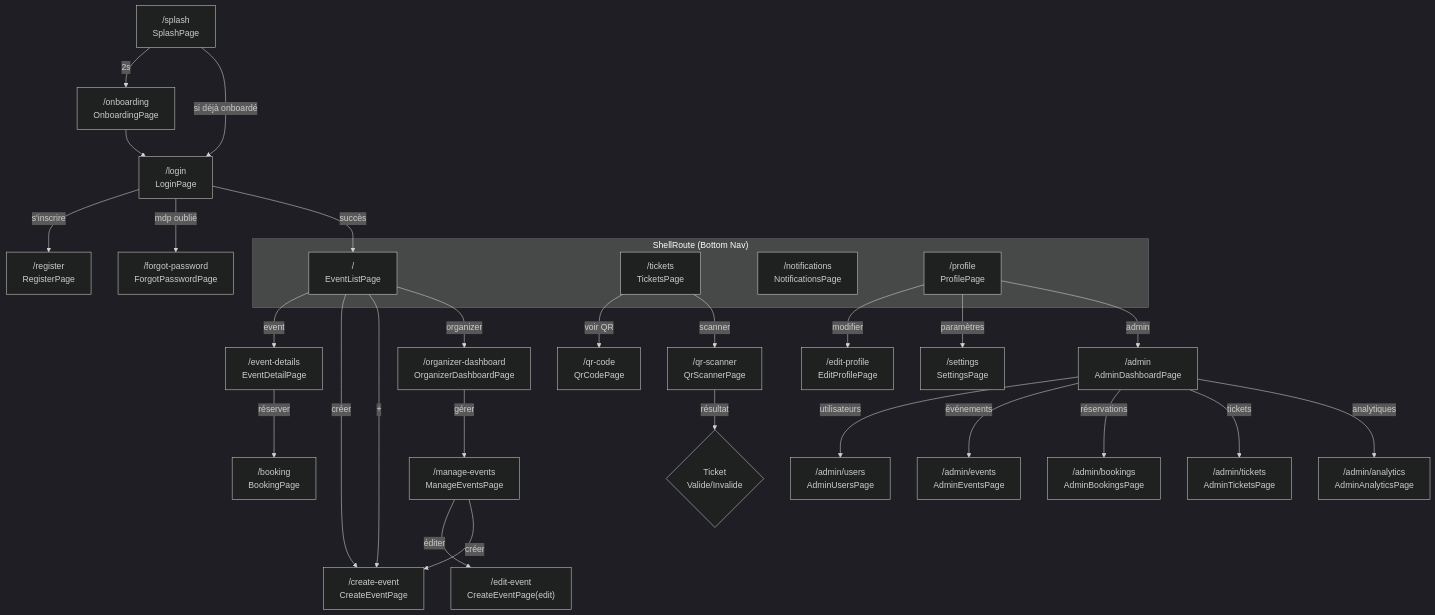
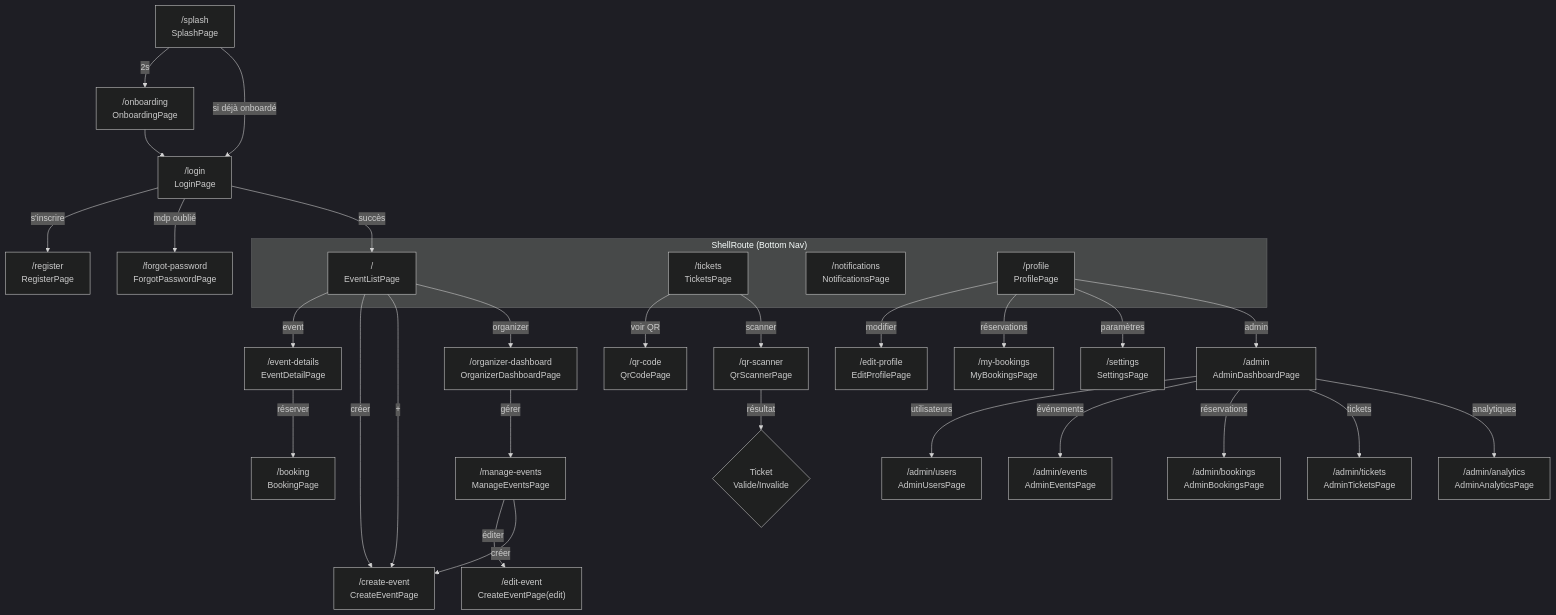
One commit to 24231-Brahim/pi-eventhub changed the sixth of 13 diagrams in FICHE_EXTRACTION_EVENTHUB.md. Above: the diagram before and after it, drawn with Mermaid (dark theme). The commit also changed other lines of this file and 22 other files, not shown here.

````diff
--- a/FICHE_EXTRACTION_EVENTHUB.md
+++ b/FICHE_EXTRACTION_EVENTHUB.md
@@ -758,38 +769,39 @@
 ```mermaid
 graph TD
     START["/splash<br/>SplashPage"] -->|"2s"| ONBOARD["/onboarding<br/>OnboardingPage"]
     START -->|"si déjà onboardé"| LOGIN["/login<br/>LoginPage"]
     ONBOARD --> LOGIN
     LOGIN -->|"s'inscrire"| REG["/register<br/>RegisterPage"]
     LOGIN -->|"mdp oublié"| FP["/forgot-password<br/>ForgotPasswordPage"]
     LOGIN -->|"succès"| HOME
 
     subgraph "ShellRoute (Bottom Nav)"
         HOME["/<br/>EventListPage"]
         TICK["/tickets<br/>TicketsPage"]
         NOTIF["/notifications<br/>NotificationsPage"]
         PROF["/profile<br/>ProfilePage"]
     end
 
     HOME -->|"event"| DETAIL["/event-details<br/>EventDetailPage"]
     HOME -->|"créer"| CREATE["/create-event<br/>CreateEventPage"]
     HOME -->|"+"| CREATE
     DETAIL -->|"réserver"| BOOK["/booking<br/>BookingPage"]
     TICK -->|"voir QR"| QR["/qr-code<br/>QrCodePage"]
     TICK -->|"scanner"| SCAN["/qr-scanner<br/>QrScannerPage"]
     PROF -->|"modifier"| EDIT["/edit-profile<br/>EditProfilePage"]
+    PROF -->|"réservations"| MYB["/my-bookings<br/>MyBookingsPage"]
     PROF -->|"paramètres"| SETT["/settings<br/>SettingsPage"]
 
     HOME -->|"organizer"| DASH["/organizer-dashboard<br/>OrganizerDashboardPage"]
     DASH -->|"gérer"| MGMT["/manage-events<br/>ManageEventsPage"]
     MGMT -->|"éditer"| EDIT_EVT["/edit-event<br/>CreateEventPage(edit)"]
     MGMT -->|"créer"| CREATE
     SCAN -->|"résultat"| VALID{"Ticket<br/>Valide/Invalide"}
 
     PROF -->|"admin"| ADMIN["/admin<br/>AdminDashboardPage"]
     ADMIN -->|"utilisateurs"| ADM_USR["/admin/users<br/>AdminUsersPage"]
     ADMIN -->|"événements"| ADM_EVT["/admin/events<br/>AdminEventsPage"]
     ADMIN -->|"réservations"| ADM_BOK["/admin/bookings<br/>AdminBookingsPage"]
     ADMIN -->|"tickets"| ADM_TKT["/admin/tickets<br/>AdminTicketsPage"]
     ADMIN -->|"analytiques"| ADM_ANL["/admin/analytics<br/>AdminAnalyticsPage"]
 ```
````
